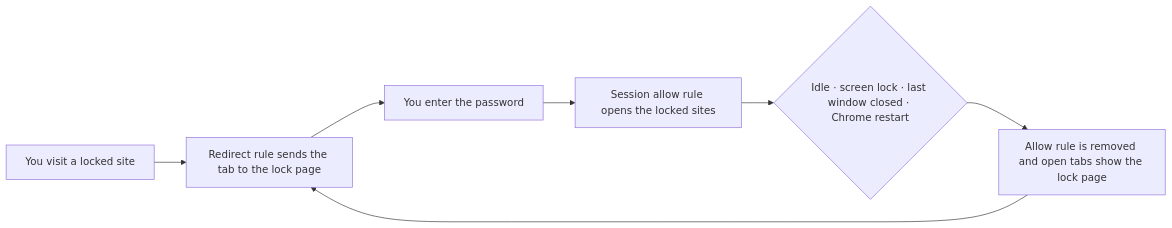
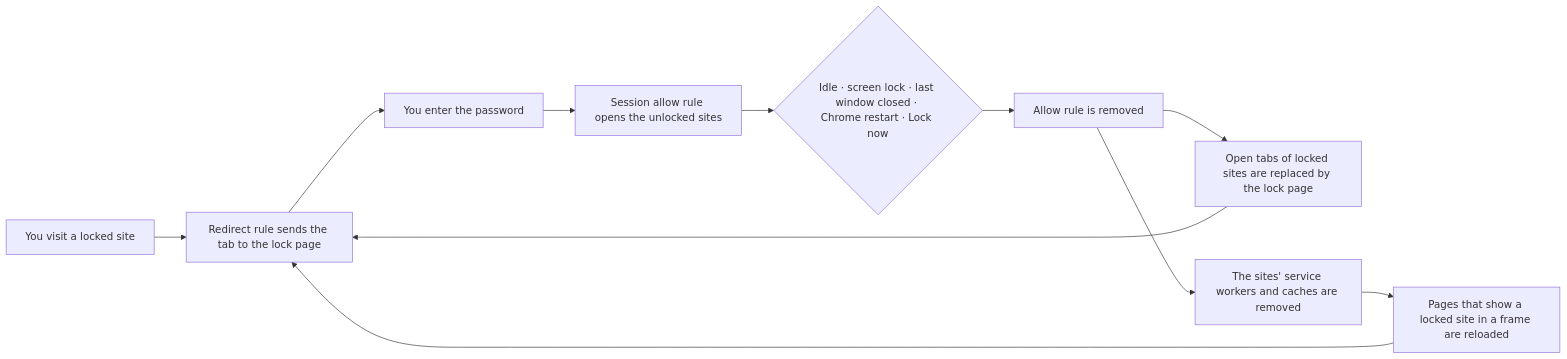
Before and after one commit to xcryptp/for-my-privacy: the diagram in README.md, drawn with Mermaid. The commit also changed other lines of this file and 14 other files, not shown here.

````diff
--- a/README.md
+++ b/README.md
@@ -34,9 +38,13 @@
 ```mermaid
 flowchart LR
     A["You visit a locked site"] --> B["Redirect rule sends the tab to the lock page"]
     B --> C["You enter the password"]
-    C --> D["Session allow rule opens the locked sites"]
-    D --> E{"Idle · screen lock · last window closed · Chrome restart"}
-    E --> F["Allow rule is removed and open tabs show the lock page"]
-    F --> B
+    C --> D["Session allow rule opens the unlocked sites"]
+    D --> E{"Idle · screen lock · last window closed · Chrome restart · Lock now"}
+    E --> F["Allow rule is removed"]
+    F --> G["Open tabs of locked sites are replaced by the lock page"]
+    F --> H["The sites' service workers and caches are removed"]
+    H --> I["Pages that show a locked site in a frame are reloaded"]
+    G --> B
+    I --> B
 ```
````
